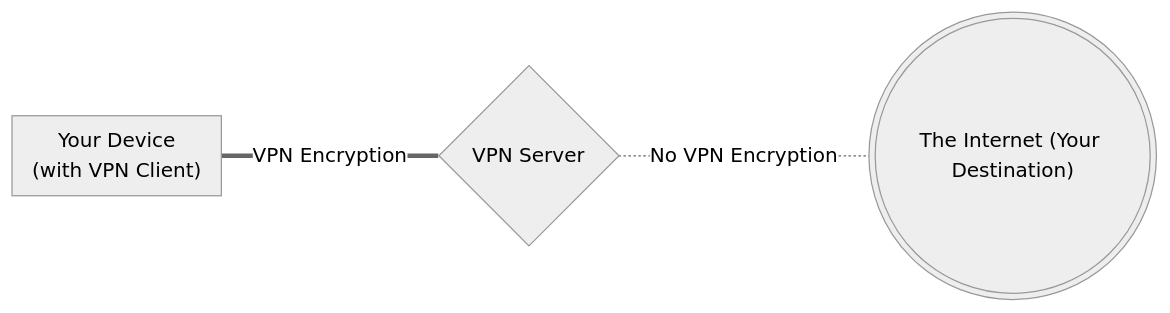
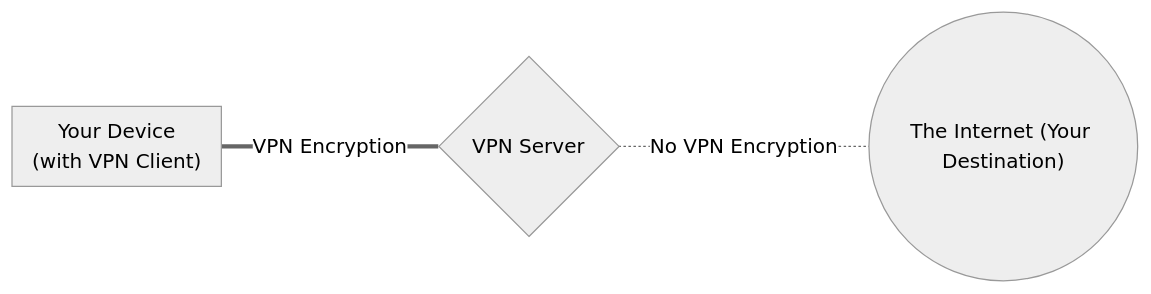
The diagram in docs/basics/vpn-overview.md (privacyguides/privacyguides.org), drawn with Mermaid (neutral theme) before and after one commit.

Commit message:
remove extra circle

````diff
--- a/docs/basics/vpn-overview.md
+++ b/docs/basics/vpn-overview.md
@@ -25,7 +25,7 @@
 ``` mermaid
 flowchart LR
  763931["Your Device<div>(with VPN Client)</div>"] ===|"VPN Encryption"| 404512{"VPN Server"}
- 404512 -.-|"No VPN Encryption"| 593753((("The Internet (Your Destination)")))
+ 404512 -.-|"No VPN Encryption"| 593753(("The Internet (Your Destination)"))
  subgraph 763931["Your Device<div>(with VPN Client)</div>"]
  end
 ```
````
